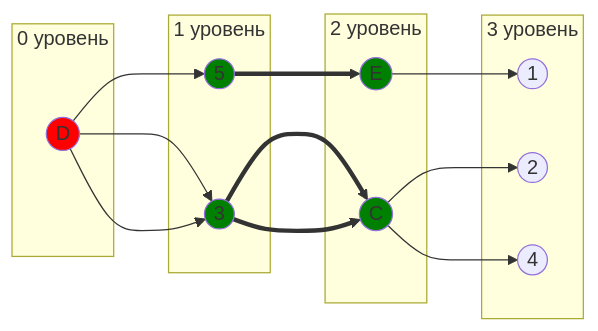
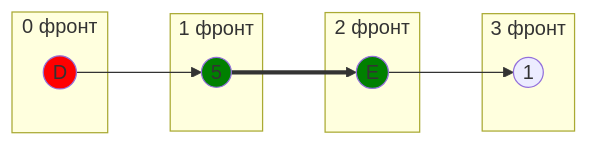
One commit to algos-ris-24-5/manual-tasks changed the eighth of 9 diagrams in Задание 8/DIVI.md. Above: the diagram before and after it, drawn with Mermaid. The commit also changed other lines of this file, not shown here.

````diff
--- a/Задание 8/DIVI.md
+++ b/Задание 8/DIVI.md
@@ -358,28 +318,20 @@
 ```mermaid
 graph LR
-    subgraph "0 уровень"
+    subgraph "0 фронт"
         D((D))
     end
-    subgraph "1 уровень"
-        3((3))
+    subgraph "1 фронт"
         5((5))
     end
-    subgraph "2 уровень"
-        C((C))
+    subgraph "2 фронт"
         E((E))
     end
-    subgraph "3 уровень"
-        2((2))
-        4((4))
+    subgraph "3 фронт"
         1((1))
     end
-    D --> 3 ==> C --> 2
-    D --> 3 ==> C --> 4
     D --> 5 ==> E --> 1
     
     style D fill:#FF0000
-    style C fill:#008000
     style E fill:#008000
-    style 3 fill:#008000
     style 5 fill:#008000
 ```
````
